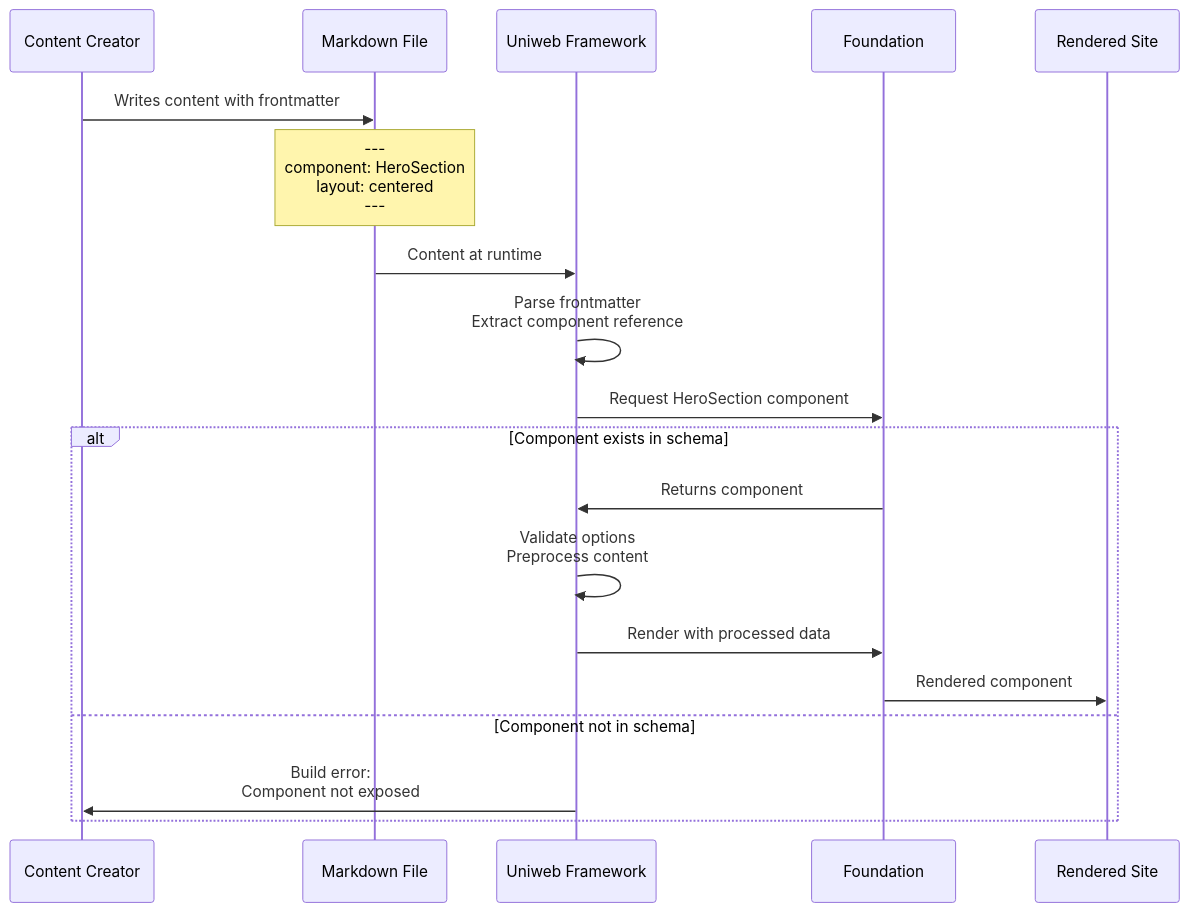
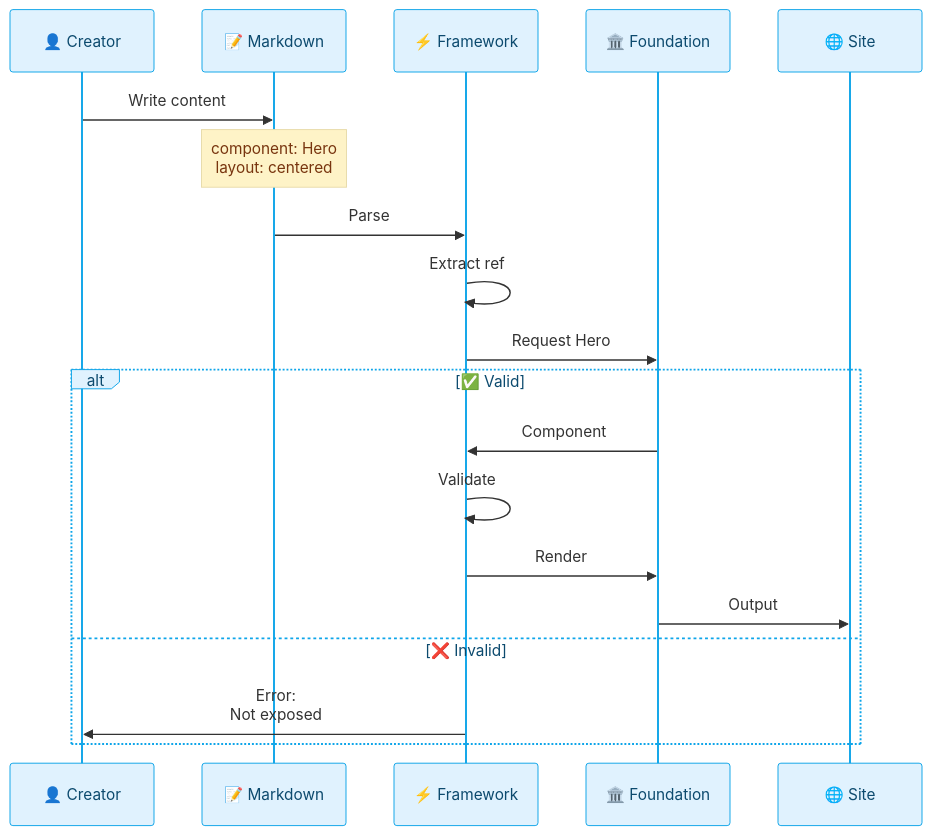
Before and after one commit to uniwebcms/framework: the third of 8 diagrams in docs/uniweb-diagrams.md, drawn with Mermaid. The commit also changed other lines of this file, not shown here.

Commit message:
Improve diagrams

````diff
--- a/docs/uniweb-diagrams.md
+++ b/docs/uniweb-diagrams.md
@@ -86,24 +97,25 @@
 ```mermaid
+%%{init: {'theme':'base', 'themeVariables': { 'actorBkg':'#e0f2fe','actorBorder':'#0ea5e9','actorTextColor':'#0c4a6e','noteBkgColor':'#fef3c7','noteTextColor':'#78350f','activationBkgColor':'#10b981','fontSize':'13px'}}}%%
 sequenceDiagram
-    participant CC as Content Creator
-    participant MD as Markdown File
-    participant FW as Uniweb Framework
-    participant FOUND as Foundation
-    participant SITE as Rendered Site
-    
-    CC->>MD: Writes content with frontmatter
-    Note over MD: ---<br/>component: HeroSection<br/>layout: centered<br/>---
-    
-    MD->>FW: Content at runtime
-    FW->>FW: Parse frontmatter<br/>Extract component reference
-    FW->>FOUND: Request HeroSection component
-    
-    alt Component exists in schema
-        FOUND->>FW: Returns component
-        FW->>FW: Validate options<br/>Preprocess content
-        FW->>FOUND: Render with processed data
-        FOUND->>SITE: Rendered component
-    else Component not in schema
-        FW->>CC: Build error:<br/>Component not exposed
+    participant CC as 👤 Creator
+    participant MD as 📝 Markdown
+    participant FW as ⚡ Framework
+    participant FD as 🏛️ Foundation
+    participant ST as 🌐 Site
+
+    CC->>MD: Write content
+    Note over MD: component: Hero<br/>layout: centered
+
+    MD->>FW: Parse
+    FW->>FW: Extract ref
+    FW->>FD: Request Hero
+
+    alt ✅ Valid
+        FD->>FW: Component
+        FW->>FW: Validate
+        FW->>FD: Render
+        FD->>ST: Output
+    else ❌ Invalid
+        FW->>CC: Error:<br/>Not exposed
     end
 ```
````
